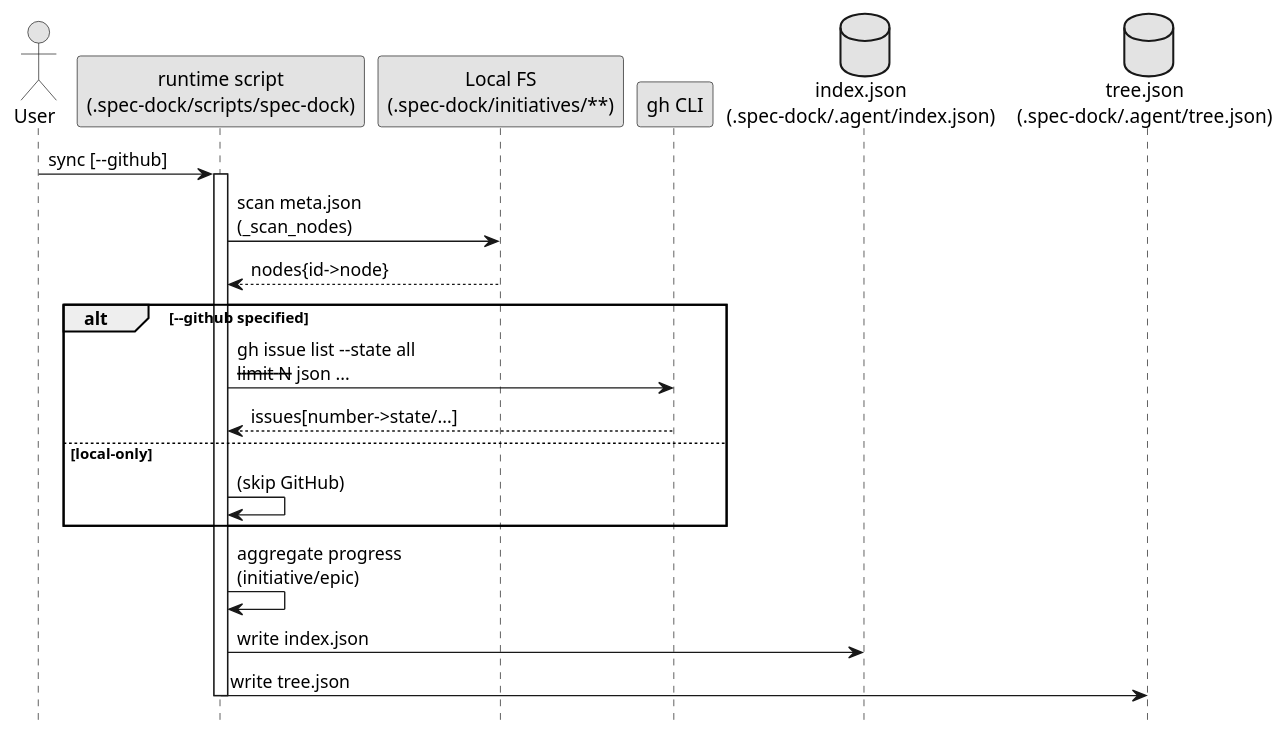
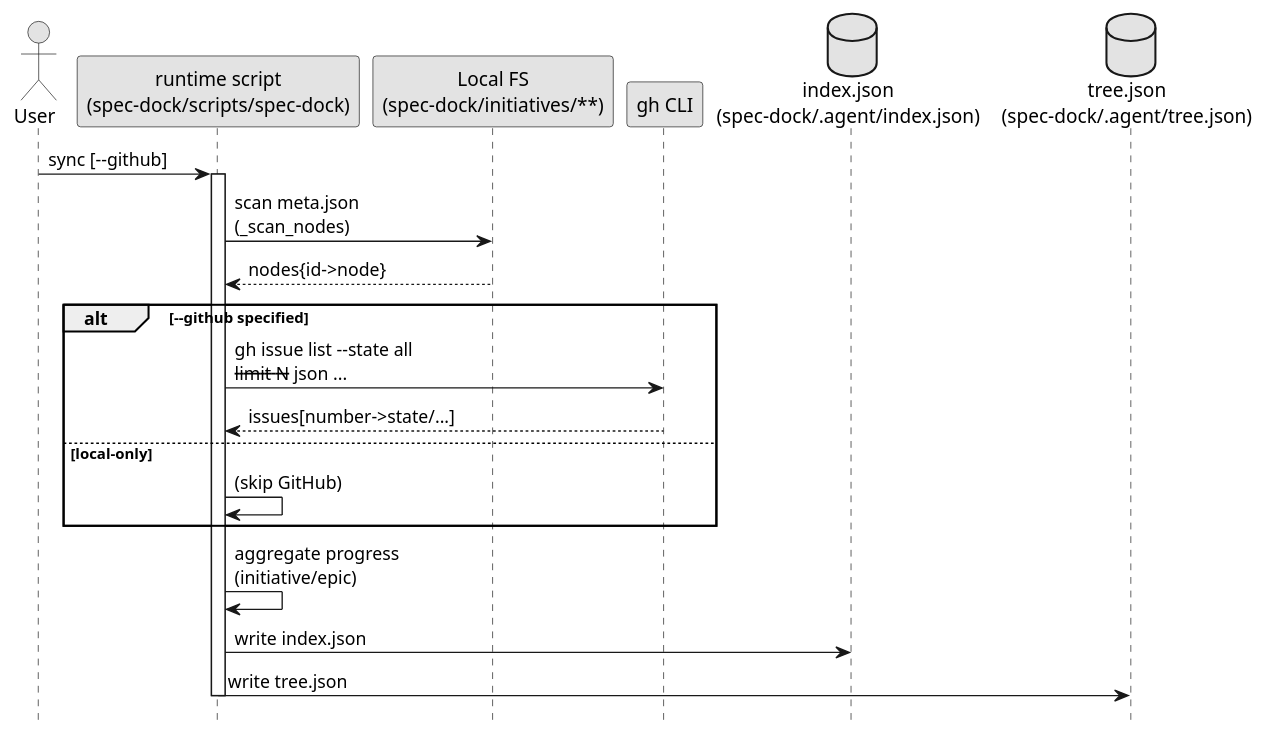
The diagram in src/spec_dock/assets/spec_dock/docs/sync.md (chemitaro/spec-dock), drawn with PlantUML before and after one commit. The commit also changed other lines of this file and 26 other files, not shown here.

Commit message:
chore: spec-dock ディレクトリ参照を非ドット表記に統一 - README や docs/multilingual assets で `.spec-dock` から `spec-dock` に名称を差し替え - CLI/スクリプト内の定数や説明文に新しいディレクトリ名と旧名の案内を加え - テストで `spec-dock` 配下のファイル/マーカーを検証するよう更新

````diff
--- a/src/spec_dock/assets/spec_dock/docs/sync.md
+++ b/src/spec_dock/assets/spec_dock/docs/sync.md
@@ -42,32 +42,32 @@
 ```plantuml
 @startuml
 skinparam monochrome true
 hide footbox
 
 actor User
-participant "runtime script\n(.spec-dock/scripts/spec-dock)" as Script
-participant "Local FS\n(.spec-dock/initiatives/**)" as FS
+participant "runtime script\n(spec-dock/scripts/spec-dock)" as Script
+participant "Local FS\n(spec-dock/initiatives/**)" as FS
 participant "gh CLI" as GH
-database "index.json\n(.spec-dock/.agent/index.json)" as State
-database "tree.json\n(.spec-dock/.agent/tree.json)" as Tree
+database "index.json\n(spec-dock/.agent/index.json)" as State
+database "tree.json\n(spec-dock/.agent/tree.json)" as Tree
 
 User -> Script: sync [--github]
 activate Script
 
 Script -> FS: scan meta.json\n(_scan_nodes)
 FS --> Script: nodes{id->node}
 
 alt --github specified
   Script -> GH: gh issue list --state all\n--limit N --json ...
   GH --> Script: issues[number->state/...]
 else local-only
   Script -> Script: (skip GitHub)
 end
 
 Script -> Script: aggregate progress\n(initiative/epic)
 Script -> State: write index.json
 Script -> Tree: write tree.json
 
 deactivate Script
 @enduml
 ```
````
